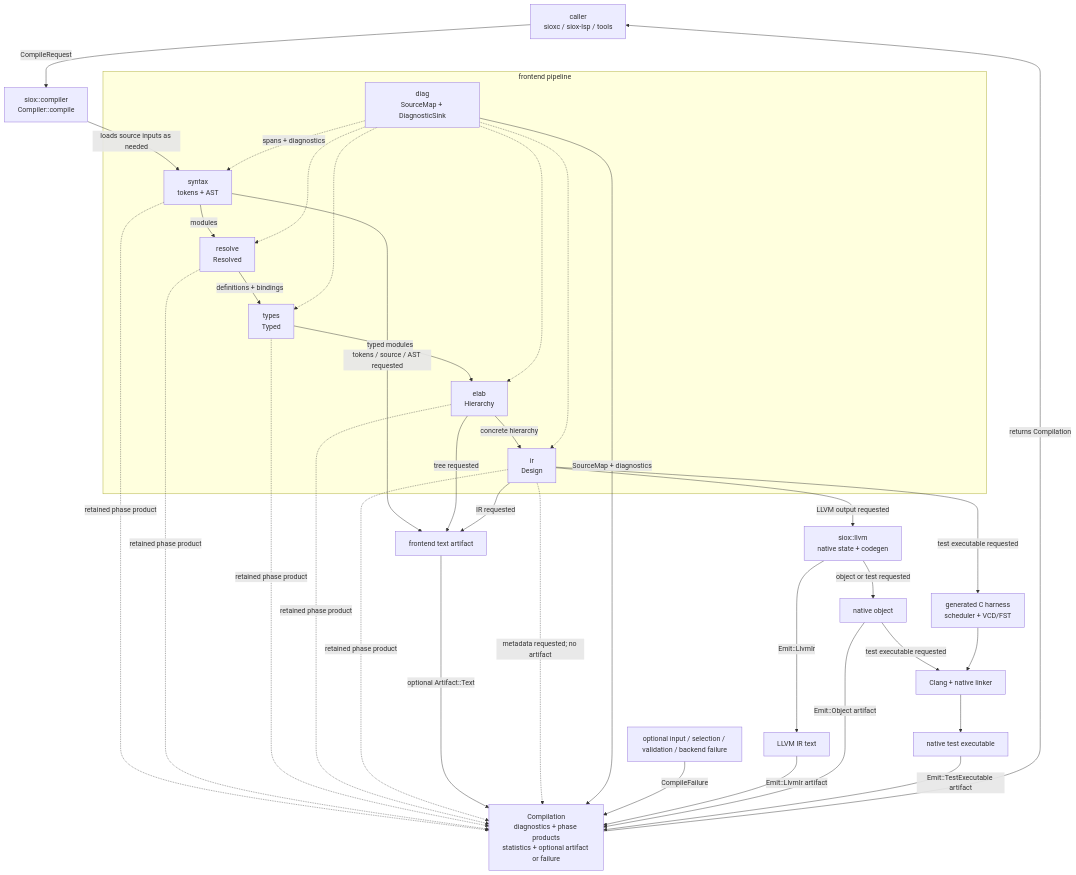
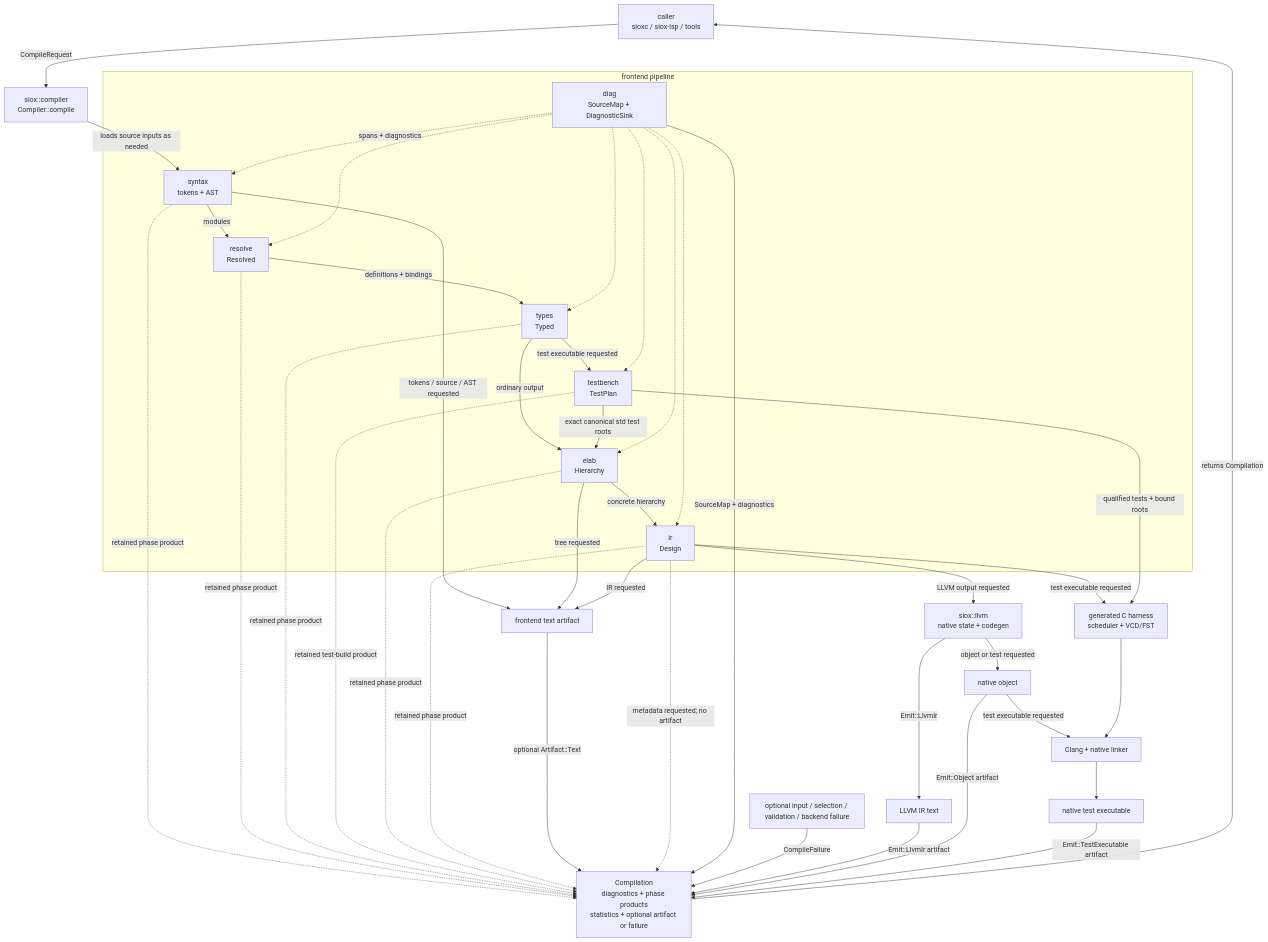
The first of 3 diagrams in docs/architecture.md (Siox-lang/sioxc), drawn with Mermaid before and after one commit. The commit also changed other lines of this file and 12 other files, not shown here.

````diff
--- a/docs/architecture.md
+++ b/docs/architecture.md
@@ -20,44 +20,49 @@
 ```mermaid
 flowchart TB
     CALL["caller<br/>sioxc / siox-lsp / tools"] -->|CompileRequest| API["siox::compiler<br/>Compiler::compile"]
     API -->|loads source inputs as needed| SY
 
     subgraph FRONTEND["frontend pipeline"]
         SY["syntax<br/>tokens + AST"] -->|modules| RE["resolve<br/>Resolved"]
         RE -->|definitions + bindings| TY["types<br/>Typed"]
-        TY -->|typed modules| EL["elab<br/>Hierarchy"]
+        TY -->|ordinary output| EL["elab<br/>Hierarchy"]
+        TY -->|test executable requested| TESTPLAN["testbench<br/>TestPlan"]
+        TESTPLAN -->|exact canonical std test roots| EL
         EL -->|concrete hierarchy| IR["ir<br/>Design"]
 
         DIAG["diag<br/>SourceMap + DiagnosticSink"] -. spans + diagnostics .-> SY
         DIAG -.-> RE
         DIAG -.-> TY
+        DIAG -.-> TESTPLAN
         DIAG -.-> EL
         DIAG -.-> IR
     end
 
     IR -->|LLVM output requested| LL["siox::llvm<br/>native state + codegen"]
     IR -->|test executable requested| HARNESS["generated C harness<br/>scheduler + VCD/FST"]
+    TESTPLAN -->|qualified tests + bound roots| HARNESS
     LL -->|Emit::LlvmIr| LLVM_TEXT["LLVM IR text"]
     LL -->|object or test requested| OBJ["native object"]
     OBJ -->|test executable requested| LINK["Clang + native linker"]
     HARNESS --> LINK
     LINK --> TEST["native test executable"]
 
     SY -->|tokens / source / AST requested| FRONT_TEXT["frontend text artifact"]
     EL -->|tree requested| FRONT_TEXT
     IR -->|IR requested| FRONT_TEXT
 
     SY -. retained phase product .-> RESULT
     RE -. retained phase product .-> RESULT
     TY -. retained phase product .-> RESULT
+    TESTPLAN -. retained test-build product .-> RESULT
     EL -. retained phase product .-> RESULT
     IR -. retained phase product .-> RESULT
     FRONT_TEXT -->|optional Artifact::Text| RESULT["Compilation<br/>diagnostics + phase products<br/>statistics + optional artifact or failure"]
     IR -. metadata requested; no artifact .-> RESULT
     DIAG -->|SourceMap + diagnostics| RESULT
     FAILURE["optional input / selection / validation / backend failure"] -->|CompileFailure| RESULT
     LLVM_TEXT -->|Emit::LlvmIr artifact| RESULT
     OBJ -->|Emit::Object artifact| RESULT
     TEST -->|Emit::TestExecutable artifact| RESULT
     RESULT -->|returns Compilation| CALL
 ```
````
